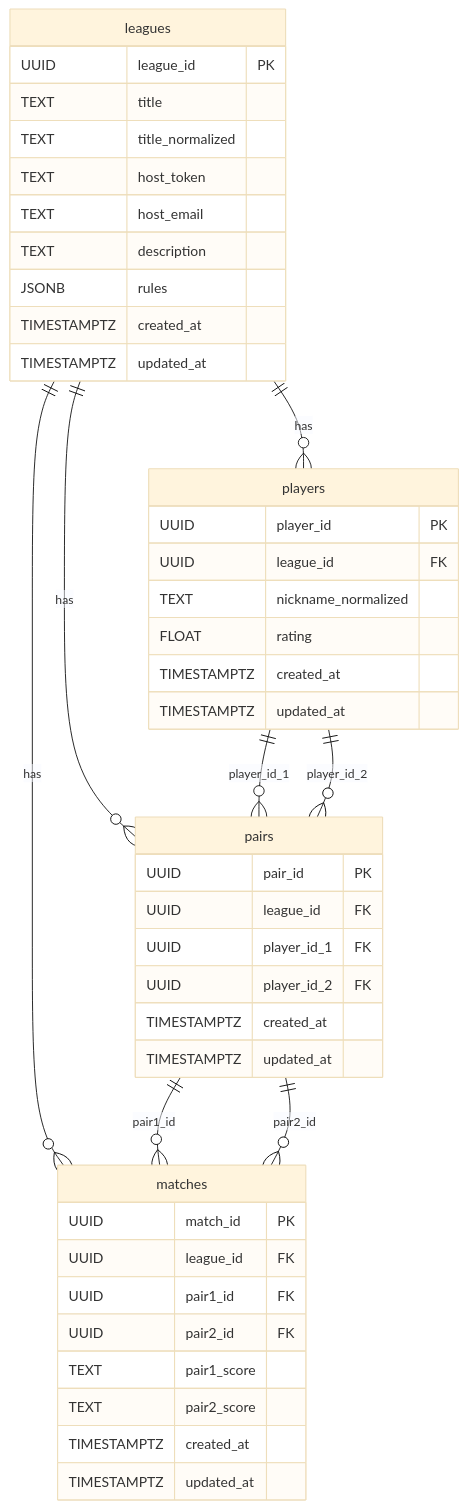
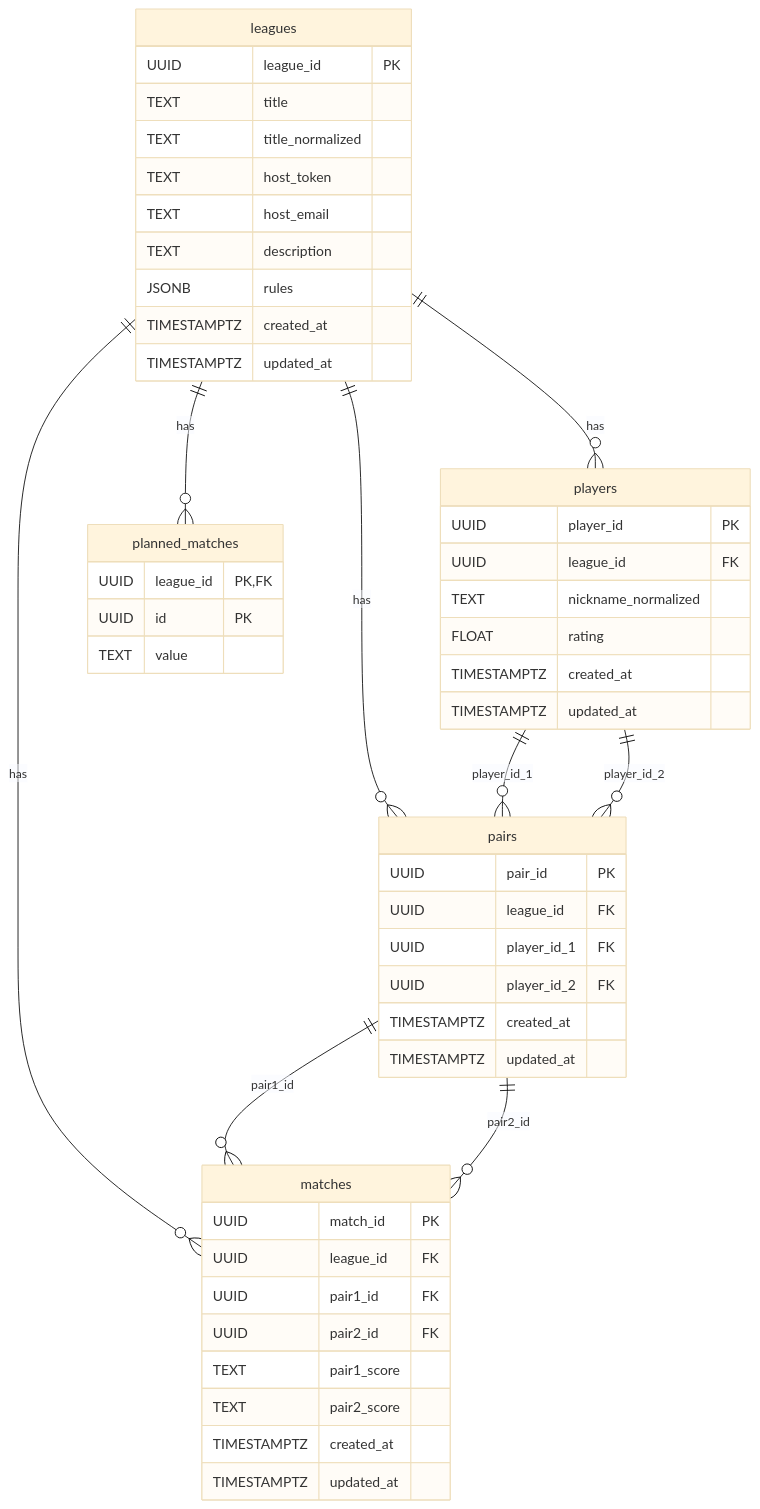
The diagram in Design_Doc/TLMB_Design_doc/12_persistence_strategy.md (swjeong0825/TLMB_backend_main), drawn with Mermaid (base theme) before and after one commit. The commit also changed other lines of this file and 42 other files, not shown here.

````diff
--- a/Design_Doc/TLMB_Design_doc/12_persistence_strategy.md
+++ b/Design_Doc/TLMB_Design_doc/12_persistence_strategy.md
@@ -14,47 +14,53 @@
 ```mermaid
 erDiagram
     leagues {
         UUID league_id PK
         TEXT title
         TEXT title_normalized
         TEXT host_token
         TEXT host_email
         TEXT description
         JSONB rules
         TIMESTAMPTZ created_at
         TIMESTAMPTZ updated_at
     }
     players {
         UUID player_id PK
         UUID league_id FK
         TEXT nickname_normalized
         FLOAT rating
         TIMESTAMPTZ created_at
         TIMESTAMPTZ updated_at
     }
     pairs {
         UUID pair_id PK
         UUID league_id FK
         UUID player_id_1 FK
         UUID player_id_2 FK
         TIMESTAMPTZ created_at
         TIMESTAMPTZ updated_at
     }
     matches {
         UUID match_id PK
         UUID league_id FK
         UUID pair1_id FK
         UUID pair2_id FK
         TEXT pair1_score
         TEXT pair2_score
         TIMESTAMPTZ created_at
         TIMESTAMPTZ updated_at
     }
+    planned_matches {
+        UUID league_id PK,FK
+        UUID id PK
+        TEXT value
+    }
     leagues ||--o{ players : "has"
     leagues ||--o{ pairs : "has"
     leagues ||--o{ matches : "has"
+    leagues ||--o{ planned_matches : "has"
     players ||--o{ pairs : "player_id_1"
     players ||--o{ pairs : "player_id_2"
     pairs ||--o{ matches : "pair1_id"
     pairs ||--o{ matches : "pair2_id"
 ```
````
